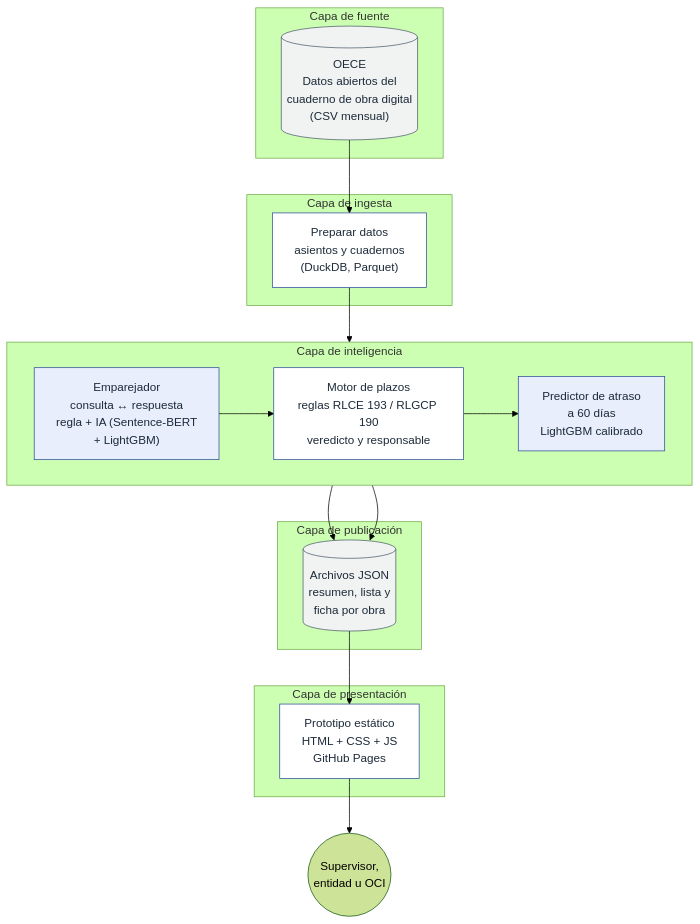
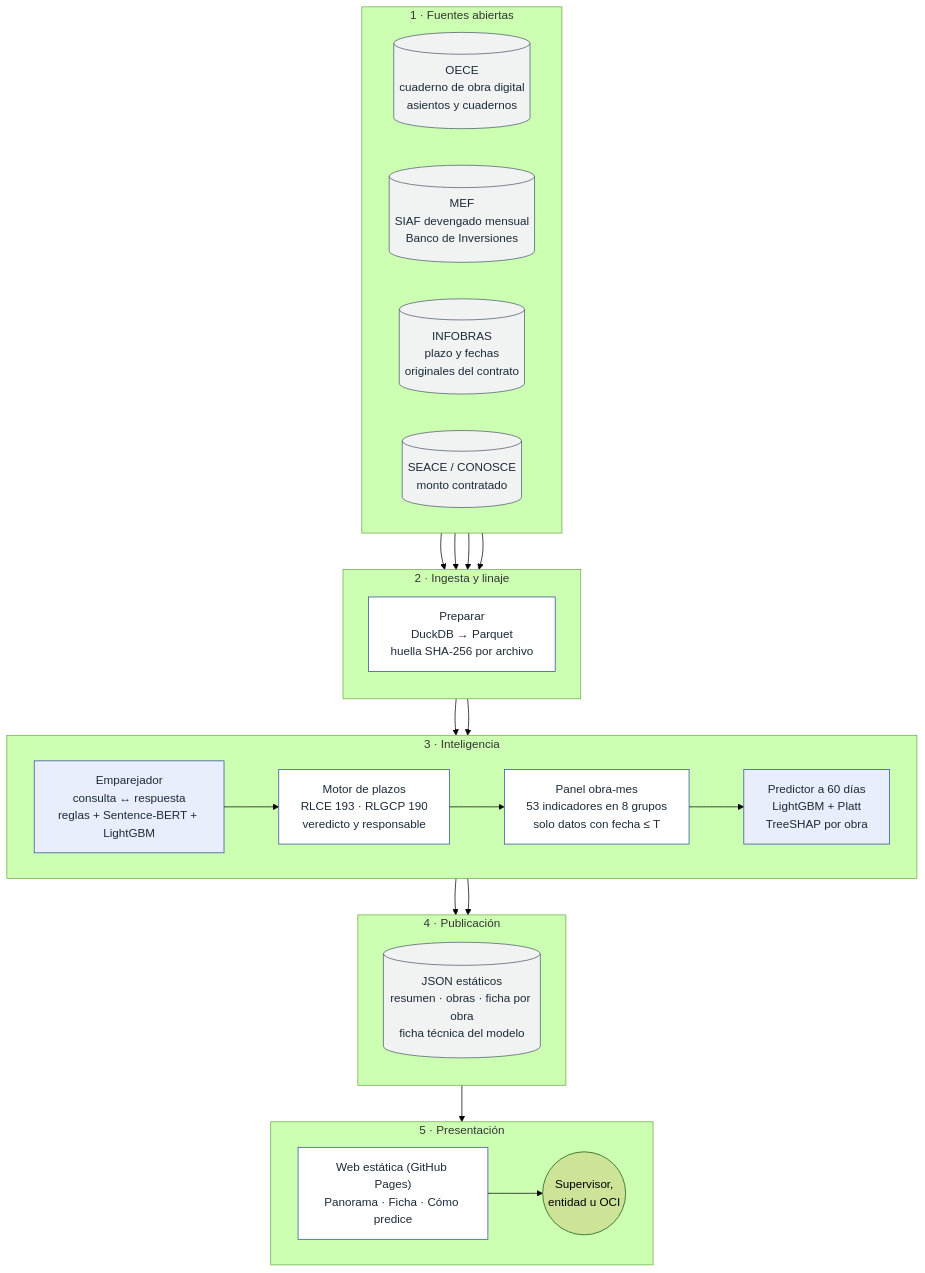
The diagram in diagramas/d03_arquitectura.mmd (OwerLopez/caja-negra-obras), drawn with Mermaid (forest theme) before and after one commit. The commit also changed 37 other files, not shown here.

```diff
--- a/diagramas/d03_arquitectura.mmd
+++ b/diagramas/d03_arquitectura.mmd
@@ -1,30 +1,45 @@
 flowchart TB
-  subgraph F["Capa de fuente"]
-    oece[("OECE<br/>Datos abiertos del<br/>cuaderno de obra digital<br/>(CSV mensual)")]
+  subgraph F["1 · Fuentes abiertas"]
+    direction LR
+    oece[("OECE<br/>cuaderno de obra digital<br/>asientos y cuadernos")]
+    mef[("MEF<br/>SIAF devengado mensual<br/>Banco de Inversiones")]
+    inf[("INFOBRAS<br/>plazo y fechas<br/>originales del contrato")]
+    seace[("SEACE / CONOSCE<br/>monto contratado")]
   end
-  subgraph I["Capa de ingesta"]
-    p1["Preparar datos<br/>asientos y cuadernos<br/>(DuckDB, Parquet)"]
+  subgraph I["2 · Ingesta y linaje"]
+    direction TB
+    p1["Preparar<br/>DuckDB → Parquet<br/>huella SHA-256 por archivo"]
   end
-  subgraph N["Capa de inteligencia"]
+  subgraph N["3 · Inteligencia"]
     direction LR
-    em["Emparejador<br/>consulta ↔ respuesta<br/>regla + IA (Sentence-BERT<br/>+ LightGBM)"]
-    mp["Motor de plazos<br/>reglas RLCE 193 / RLGCP 190<br/>veredicto y responsable"]
-    pr["Predictor de atraso<br/>a 60 días<br/>LightGBM calibrado"]
-    em --> mp --> pr
+    em["Emparejador<br/>consulta ↔ respuesta<br/>reglas + Sentence-BERT + LightGBM"]
+    mp["Motor de plazos<br/>RLCE 193 · RLGCP 190<br/>veredicto y responsable"]
+    ind["Panel obra-mes<br/>53 indicadores en 8 grupos<br/>solo datos con fecha ≤ T"]
+    pr["Predictor a 60 días<br/>LightGBM + Platt<br/>TreeSHAP por obra"]
+    em --> mp --> ind --> pr
   end
-  subgraph S["Capa de publicación"]
-    js[("Archivos JSON<br/>resumen, lista y<br/>ficha por obra")]
+  subgraph S["4 · Publicación"]
+    direction TB
+    js[("JSON estáticos<br/>resumen · obras · ficha por obra<br/>ficha técnica del modelo")]
   end
-  subgraph W["Capa de presentación"]
-    ui["Prototipo estático<br/>HTML + CSS + JS<br/>GitHub Pages"]
+  subgraph W["5 · Presentación"]
+    direction LR
+    ui["Web estática (GitHub Pages)<br/>Panorama · Ficha · Cómo predice"]
+    u(("Supervisor,<br/>entidad u OCI"))
+    ui --> u
   end
-  u(("Supervisor,<br/>entidad u OCI"))
-  oece --> p1 --> em
-  pr --> js --> ui --> u
+  oece --> p1
+  mef --> p1
+  inf --> p1
+  seace --> p1
+  p1 --> em
+  p1 --> ind
+  pr --> js
   mp --> js
+  js --> ui
   classDef caja fill:#ffffff,stroke:#2b4c9b,color:#1c2a39
   classDef ia fill:#e8eefc,stroke:#2b4c9b,color:#1c2a39
   classDef dato fill:#f1f3f2,stroke:#4b5a6a,color:#1c2a39
-  class p1,ui,mp caja
+  class p1,ui,mp,ind caja
   class em,pr ia
-  class oece,js dato
+  class oece,mef,inf,seace,js dato
```
